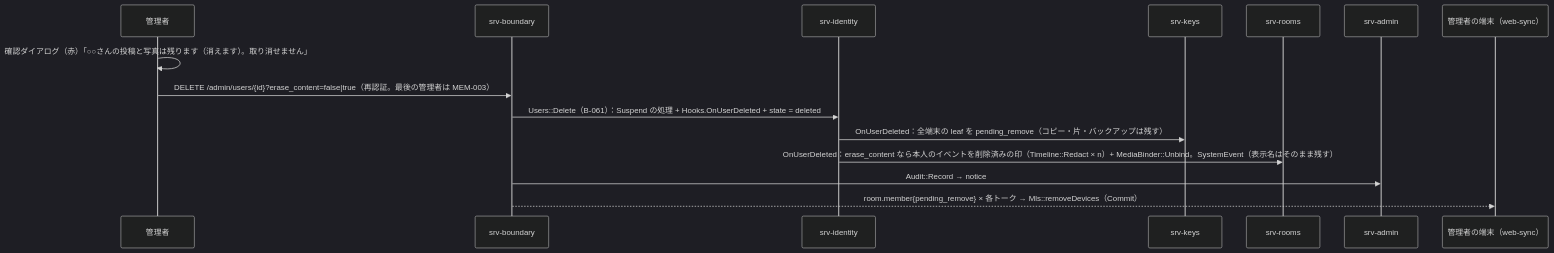
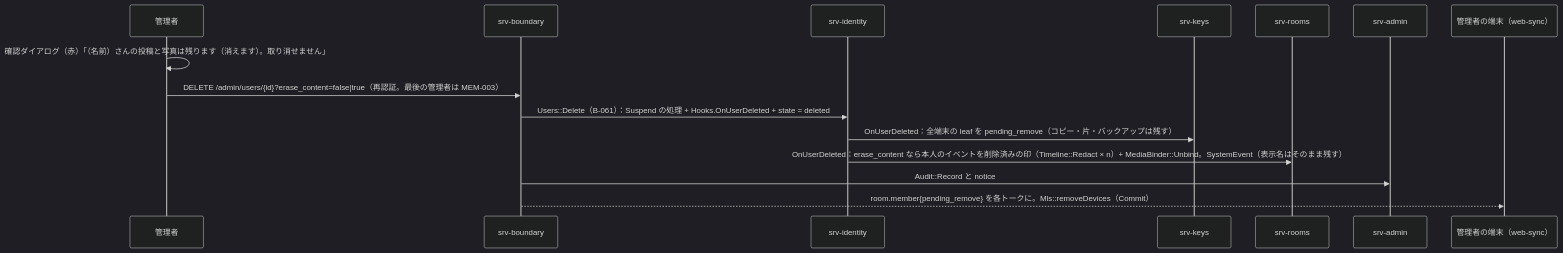
The third of 6 diagrams in dev/docs/jp/シーケンス/10_構成の変化.md (nrsd-ishikawasou/family-talk-pwa), drawn with Mermaid (dark theme) before and after one commit. The commit also changed other lines of this file and 290 other files, not shown here.

````diff
--- a/dev/docs/jp/シーケンス/10_構成の変化.md
+++ b/dev/docs/jp/シーケンス/10_構成の変化.md
@@ -73,17 +82,17 @@
 ```mermaid
 sequenceDiagram
   participant A as 管理者
   participant BD as srv-boundary
   participant ID as srv-identity
   participant KY as srv-keys
   participant RM as srv-rooms
   participant AD as srv-admin
   participant E as 管理者の端末（web-sync）
-  A->>A: 確認ダイアログ（赤）「○○さんの投稿と写真は残ります（消えます）。取り消せません」
+  A->>A: 確認ダイアログ（赤）「（名前）さんの投稿と写真は残ります（消えます）。取り消せません」
   A->>BD: DELETE /admin/users/{id}?erase_content=false|true（再認証。最後の管理者は MEM-003）
   BD->>ID: Users::Delete（B-061）：Suspend の処理 + Hooks.OnUserDeleted + state = deleted
   ID->>KY: OnUserDeleted：全端末の leaf を pending_remove（コピー・片・バックアップは残す）
   ID->>RM: OnUserDeleted：erase_content なら本人のイベントを削除済みの印（Timeline::Redact × n）+ MediaBinder::Unbind。SystemEvent（表示名はそのまま残す）
-  BD->>AD: Audit::Record → notice
-  BD-->>E: room.member{pending_remove} × 各トーク → Mls::removeDevices（Commit）
+  BD->>AD: Audit::Record と notice
+  BD-->>E: room.member{pending_remove} を各トークに。Mls::removeDevices（Commit）
 ```
````
